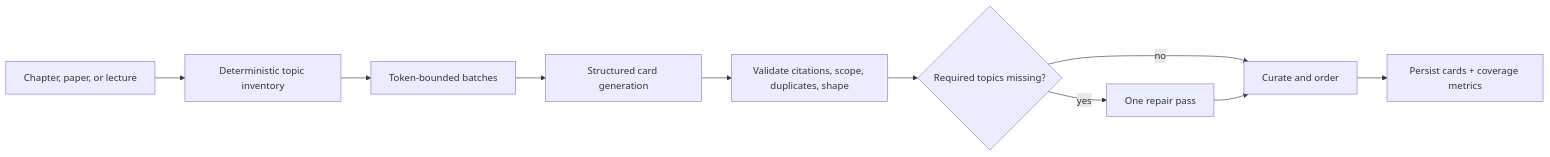
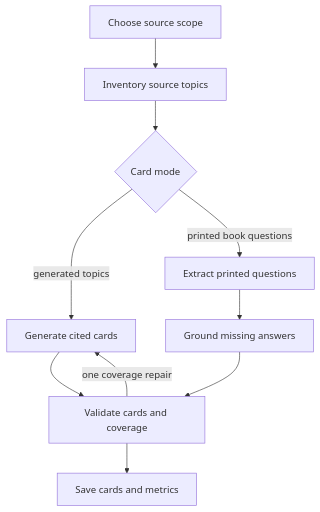
The eighth of 15 diagrams in docs/flows.md (rabhishek100/agentic_study_partner), drawn with Mermaid before and after one commit. The commit also changed other lines of this file and 9 other files, not shown here.

Commit message:
Consolidate concise feature and architecture documentation

````diff
--- a/docs/flows.md
+++ b/docs/flows.md
@@ -120,12 +167,12 @@
 ```mermaid
-flowchart LR
-    S[Chapter, paper, or lecture] --> I[Deterministic topic inventory]
-    I --> B[Token-bounded batches]
-    B --> G[Structured card generation]
-    G --> V[Validate citations, scope, duplicates, shape]
-    V --> M{Required topics missing?}
-    M -->|yes| R[One repair pass]
-    M -->|no| C[Curate and order]
-    R --> C
-    C --> P[Persist cards + coverage metrics]
+flowchart TD
+    S[Choose source scope] --> I[Inventory source topics]
+    I --> M{Card mode}
+    M -->|generated topics| G[Generate cited cards]
+    M -->|printed book questions| E[Extract printed questions]
+    E --> A[Ground missing answers]
+    G --> V[Validate cards and coverage]
+    A --> V
+    V -->|one coverage repair| G
+    V --> O[Save cards and metrics]
 ```
````
